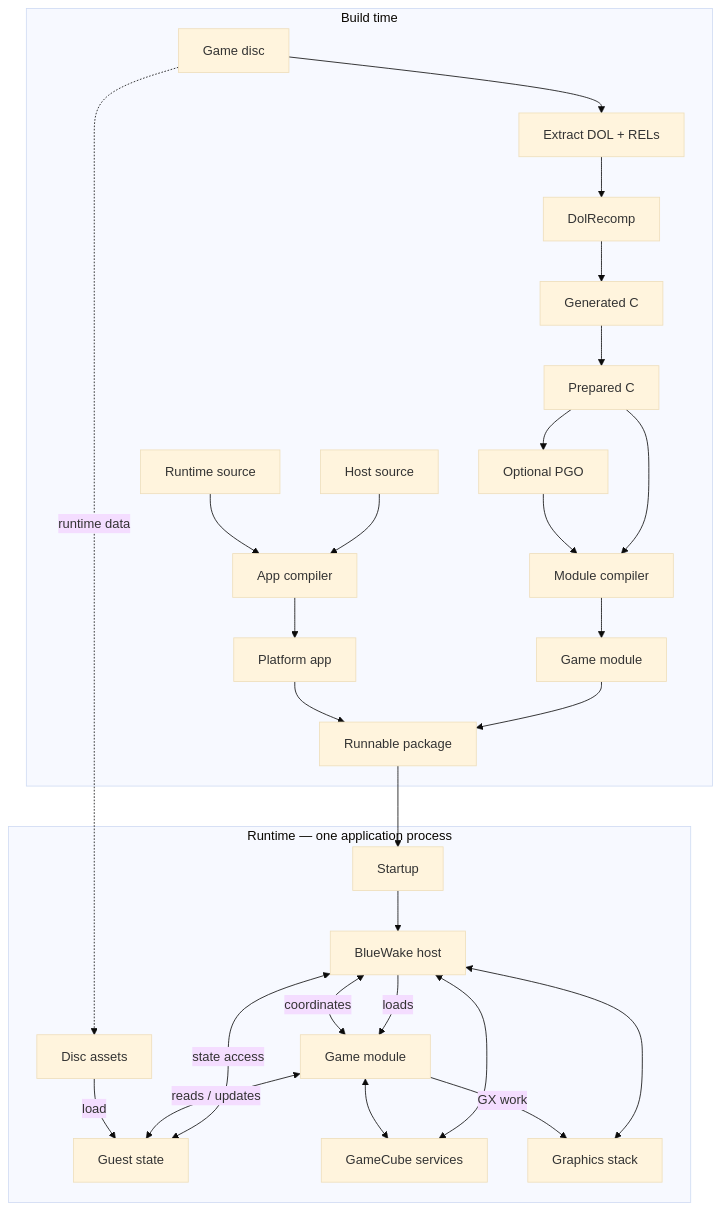
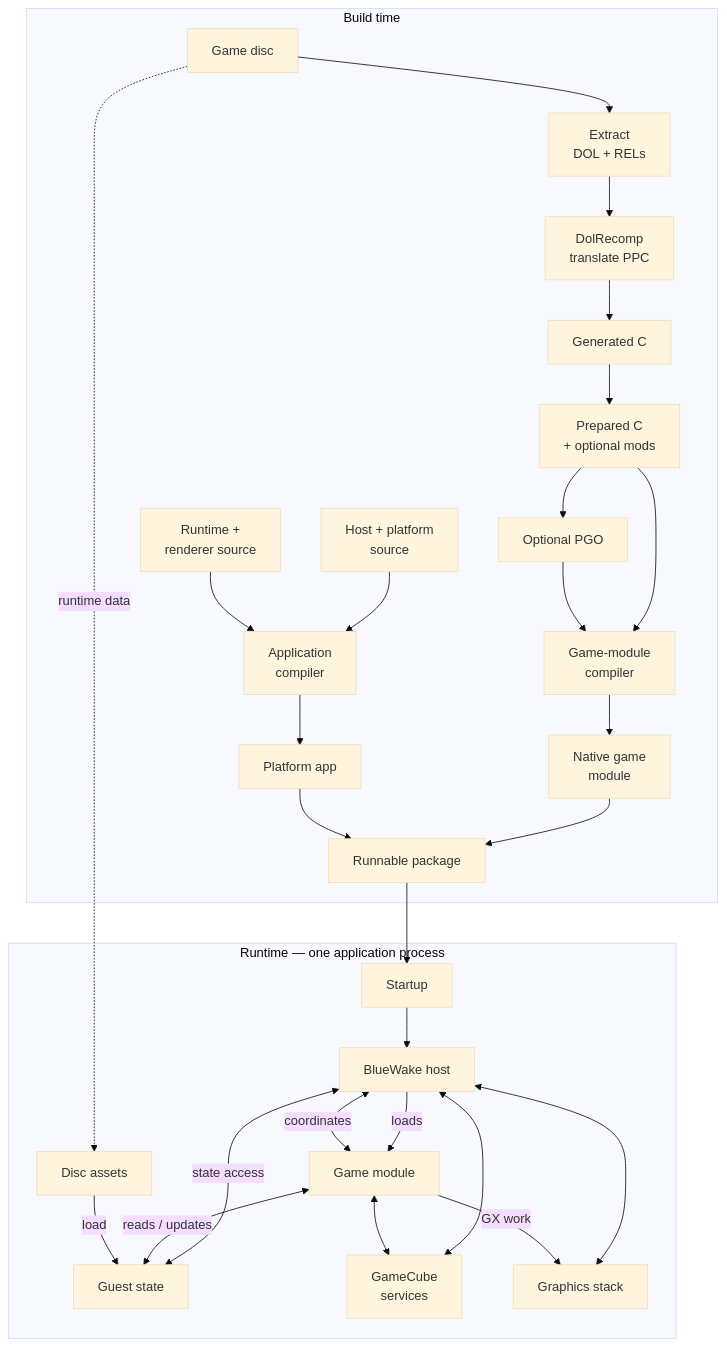
One commit to Aelbannan/boat_of_daphnes changed the diagram in docs/architecture/Overview.md. Above: the diagram before and after it, drawn with Mermaid (base theme). The commit also changed 6 other files, not shown here.

Commit message:
docs: preserve labels with Mermaid line breaks

````diff
--- a/docs/architecture/Overview.md
+++ b/docs/architecture/Overview.md
@@ -44,50 +44,59 @@
 ```mermaid
 flowchart TD
     subgraph Build["Build time"]
         Disc["Game disc"]
-        Extract["Extract DOL + RELs"]
-        Translator["DolRecomp"]
+        Extract["`Extract
+DOL + RELs`"]
+        Translator["`DolRecomp
+translate PPC`"]
         Generated["Generated C"]
-        Prepared["Prepared C"]
+        Prepared["`Prepared C
++ optional mods`"]
         Training["Optional PGO"]
-        HostSource["Host source"]
-        RuntimeSource["Runtime source"]
-        GameCompiler["Module compiler"]
-        AppCompiler["App compiler"]
-        GameModule["Game module"]
+        HostSource["`Host + platform
+source`"]
+        RuntimeSource["`Runtime +
+renderer source`"]
+        GameCompiler["`Game-module
+compiler`"]
+        AppCompiler["`Application
+compiler`"]
+        GameModule["`Native game
+module`"]
         Executable["Platform app"]
         Package["Runnable package"]
 
         Disc --> Extract --> Translator --> Generated --> Prepared --> GameCompiler --> GameModule
         Prepared --> Training --> GameCompiler
         HostSource --> AppCompiler
         RuntimeSource --> AppCompiler
         AppCompiler --> Executable
         GameModule --> Package
         Executable --> Package
     end
 
     subgraph Runtime["Runtime — one application process"]
         Startup["Startup"]
         Host["BlueWake host"]
         Game["Game module"]
         Guest["Guest state"]
-        Services["GameCube services"]
+        Services["`GameCube
+services`"]
         Graphics["Graphics stack"]
         Assets["Disc assets"]
 
         Startup --> Host
         Host -->|"loads"| Game
         Host <-->|"coordinates"| Game
         Host <-->|"state access"| Guest
         Game <-->|"reads / updates"| Guest
         Host <--> Services
         Game <--> Services
         Host <--> Graphics
         Game -->|"GX work"| Graphics
         Assets -->|"load"| Guest
     end
 
     Package --> Startup
     Disc -. "runtime data" .-> Assets
 ```
````
